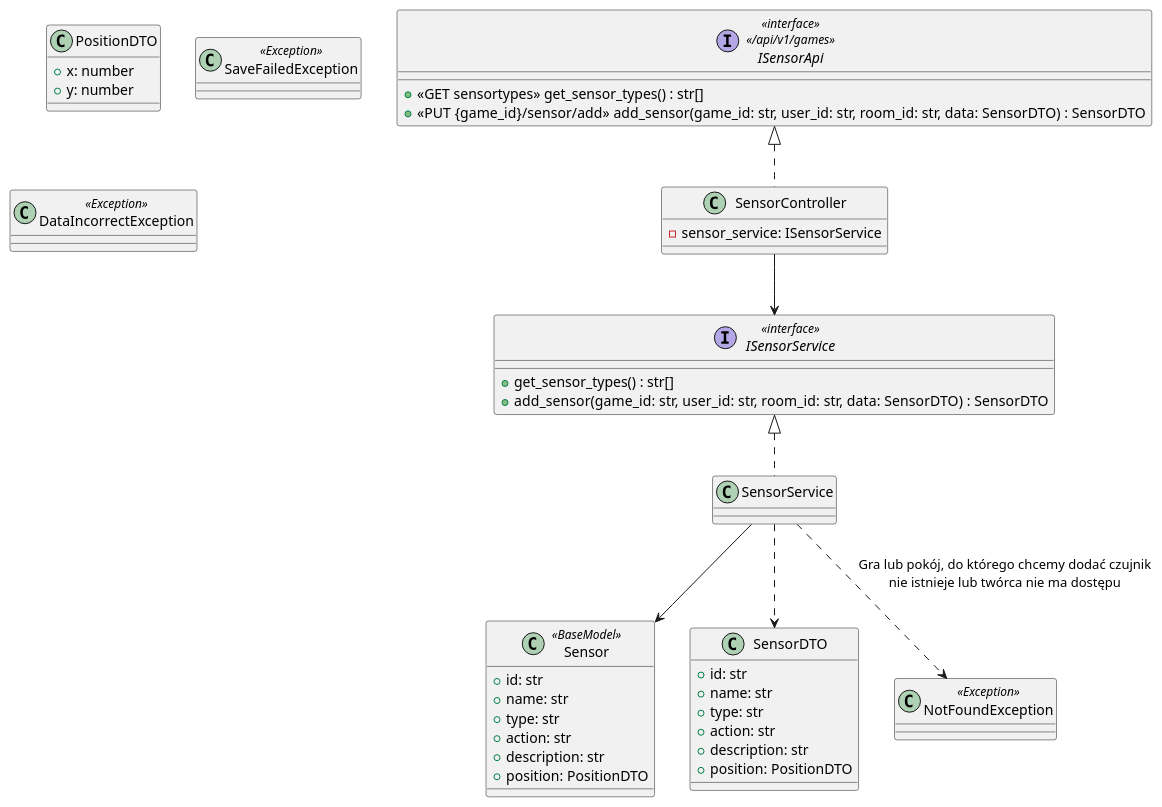
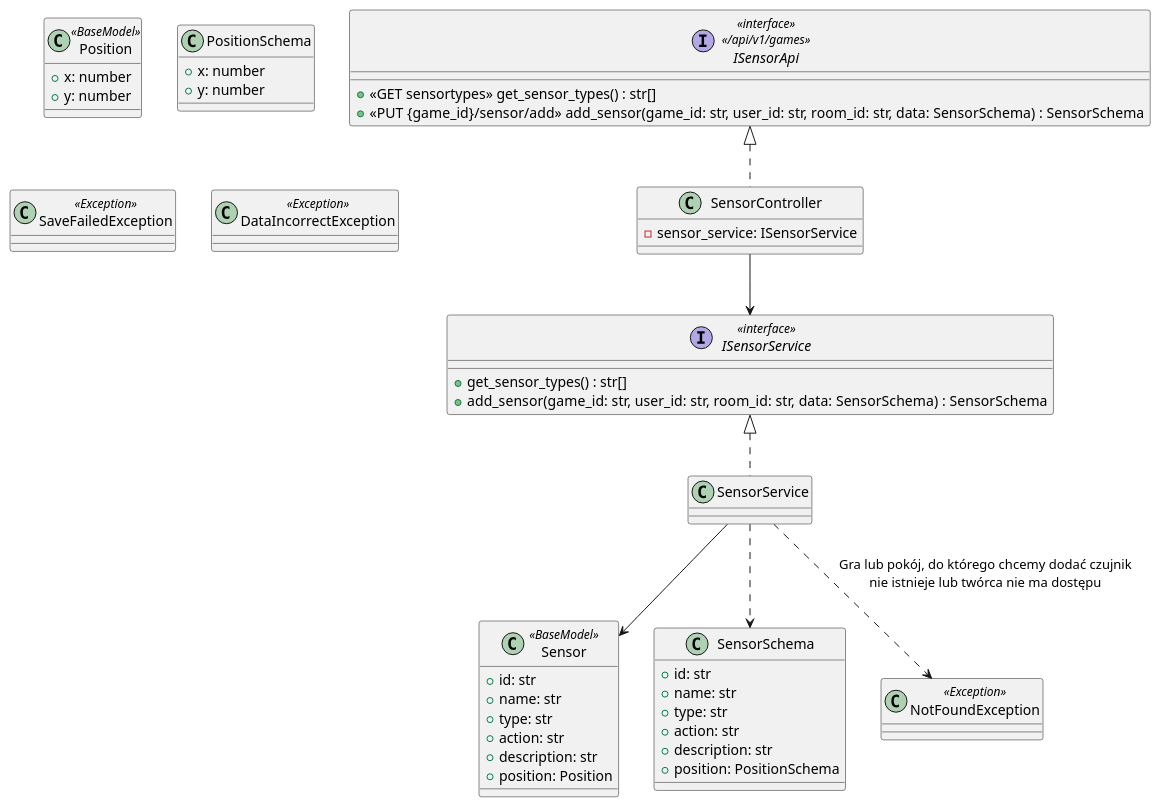
The diagram in diagrams/backend/sensor-definition.md (Igor-Ochocki/POP-2026Z), drawn with PlantUML before and after one commit.

Commit message:
change dto to schema

````diff
--- a/diagrams/backend/sensor-definition.md
+++ b/diagrams/backend/sensor-definition.md
@@ -1,59 +1,64 @@
 ```plantuml
 interface ISensorApi <<interface>> \n<< /api/v1/games >> {
     + <<GET sensortypes>> get_sensor_types() : str[]
-    + <<PUT {game_id}/sensor/add>> add_sensor(game_id: str, user_id: str, room_id: str, data: SensorDTO) : SensorDTO
+    + <<PUT {game_id}/sensor/add>> add_sensor(game_id: str, user_id: str, room_id: str, data: SensorSchema) : SensorSchema
 }
 
 class SensorController implements ISensorApi {
     - sensor_service: ISensorService
 }
 
 interface ISensorService <<interface>> {
     + get_sensor_types() : str[]
-    + add_sensor(game_id: str, user_id: str, room_id: str, data: SensorDTO) : SensorDTO
+    + add_sensor(game_id: str, user_id: str, room_id: str, data: SensorSchema) : SensorSchema
 }
 
 SensorController --> ISensorService
 
 class SensorService implements ISensorService {
 }
 
 class Sensor <<BaseModel>> {
     + id: str
     + name: str
     + type: str
     + action: str
     + description: str
-    + position: PositionDTO
+    + position: Position
 }
 
-class SensorDTO {
+class SensorSchema {
     + id: str
     + name: str
     + type: str
     + action: str
     + description: str
-    + position: PositionDTO
+    + position: PositionSchema
 }
 
-class PositionDTO {
+class Position <<BaseModel>> {
+    + x: number
+    + y: number
+}
+
+class PositionSchema {
     + x: number
     + y: number
 }
 
 class SaveFailedException <<Exception>> {
 
 }
 
 class NotFoundException <<Exception>> {
 
 }
 
 class DataIncorrectException <<Exception>> {
 
 }
 
 SensorService --> Sensor
-SensorService ..> SensorDTO
+SensorService ..> SensorSchema
 SensorService ..> NotFoundException : Gra lub pokój, do którego chcemy dodać czujnik\nnie istnieje lub twórca nie ma dostępu
 ```
````
